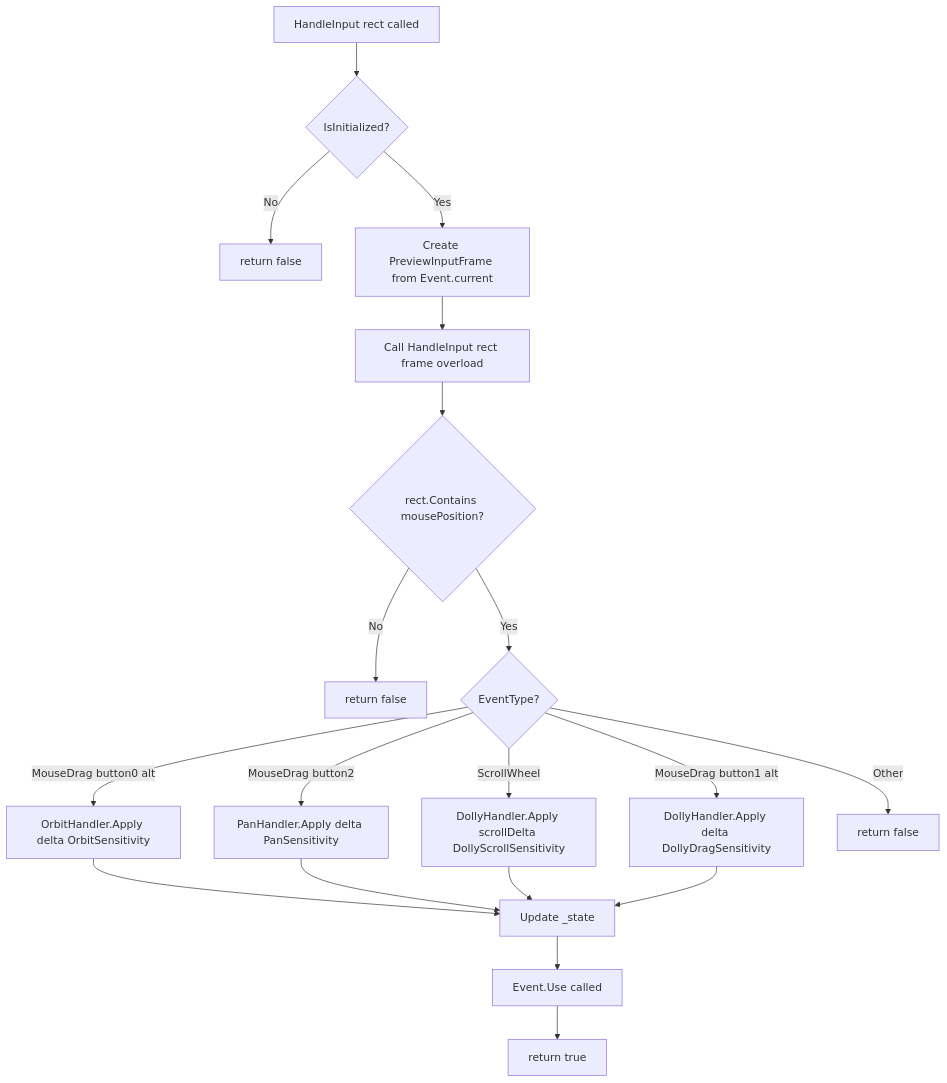
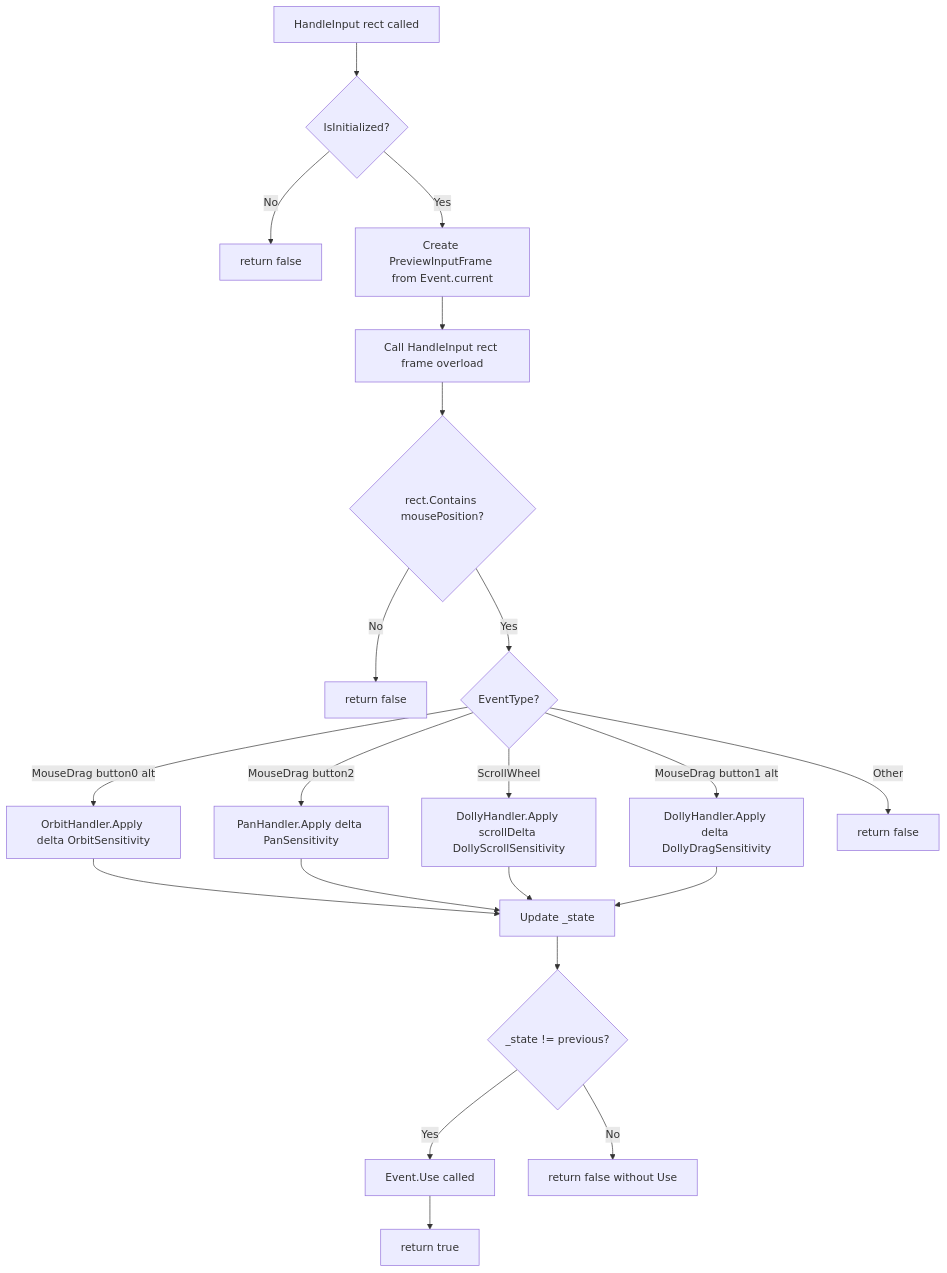
The second of 3 diagrams in .kiro/specs/expression-preview-camera/design.md (UNVGI/UnvgiFacialControl), drawn with Mermaid before and after one commit. The commit also changed other lines of this file and 1 other file, not shown here.

````diff
--- a/.kiro/specs/expression-preview-camera/design.md
+++ b/.kiro/specs/expression-preview-camera/design.md
@@ -154,21 +154,23 @@
 ```mermaid
 flowchart TD
     A[HandleInput rect called] --> B{IsInitialized?}
     B -- No --> C[return false]
     B -- Yes --> D[Create PreviewInputFrame from Event.current]
     D --> E[Call HandleInput rect frame overload]
     E --> F{rect.Contains mousePosition?}
     F -- No --> G[return false]
     F -- Yes --> H{EventType?}
     H -- MouseDrag button0 alt --> I[OrbitHandler.Apply delta OrbitSensitivity]
     H -- MouseDrag button2 --> J[PanHandler.Apply delta PanSensitivity]
     H -- ScrollWheel --> K[DollyHandler.Apply scrollDelta DollyScrollSensitivity]
     H -- MouseDrag button1 alt --> L[DollyHandler.Apply delta DollyDragSensitivity]
     H -- Other --> M[return false]
     I --> N[Update _state]
     J --> N
     K --> N
     L --> N
-    N --> O[Event.Use called]
-    O --> P[return true]
+    N --> O{_state != previous?}
+    O -- Yes --> P[Event.Use called]
+    P --> Q[return true]
+    O -- No --> R[return false without Use]
 ```
````
